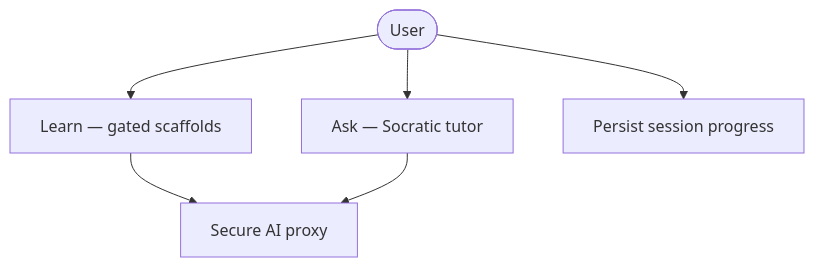
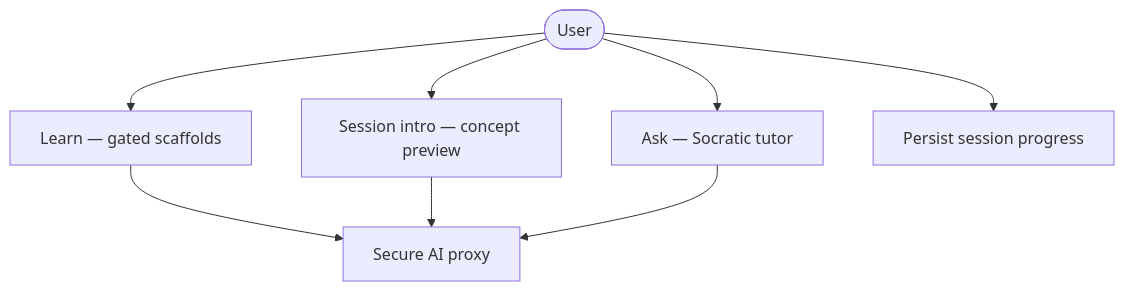
One commit to alke0001/scaffy changed the first of 5 diagrams in docs/architecture.md. Above: the diagram before and after it, drawn with Mermaid. The commit also changed other lines of this file and 1 other file, not shown here.

First line of the commit message:
docs: Update architecture and decisions documentation to include session intro feature

````diff
--- a/docs/architecture.md
+++ b/docs/architecture.md
@@ -19,15 +19,18 @@
 ```mermaid
 flowchart TB
   User([User])
 
   Learn["Learn — gated scaffolds"]
+  Intro["Session intro — concept preview"]
   Ask["Ask — Socratic tutor"]
   Persist["Persist session progress"]
   Proxy["Secure AI proxy"]
 
   User --> Learn
+  User --> Intro
   User --> Ask
   User --> Persist
   Learn --> Proxy
+  Intro --> Proxy
   Ask --> Proxy
 ```
````
